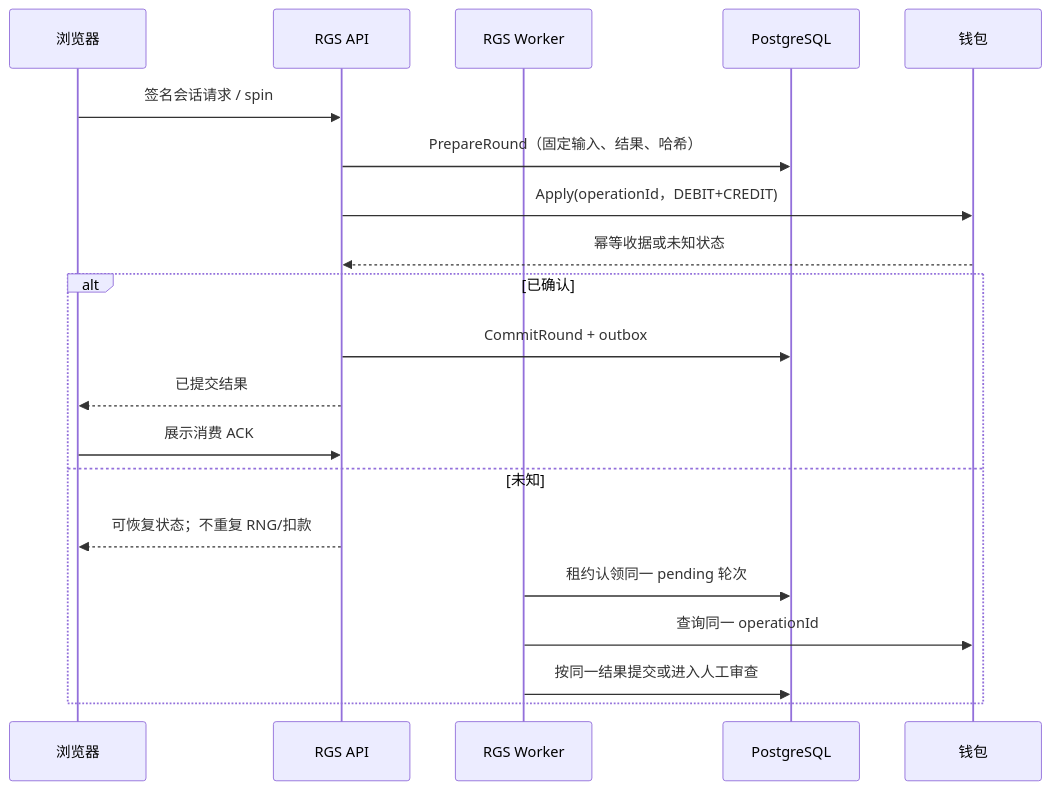
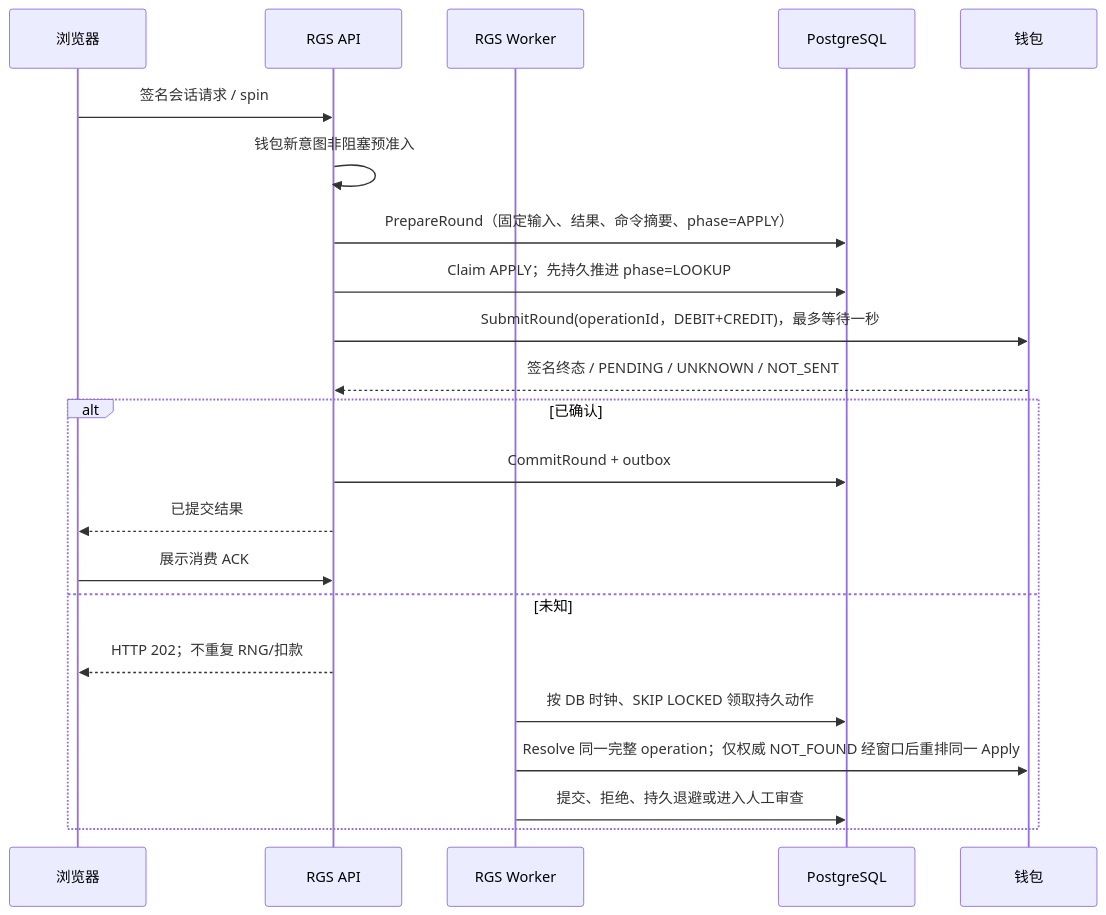
The second of 2 diagrams in slots-game/docs/architecture.md (qqq723000-hash/slots-game), drawn with Mermaid before and after one commit. The commit also changed other lines of this file and 147 other files, not shown here.

````diff
--- a/slots-game/docs/architecture.md
+++ b/slots-game/docs/architecture.md
@@ -362,23 +363,25 @@
 ```mermaid
 sequenceDiagram
     participant B as 浏览器
     participant A as RGS API
     participant K as RGS Worker
     participant D as PostgreSQL
     participant W as 钱包
 
     B->>A: 签名会话请求 / spin
-    A->>D: PrepareRound（固定输入、结果、哈希）
-    A->>W: Apply(operationId，DEBIT+CREDIT)
-    W-->>A: 幂等收据或未知状态
+    A->>A: 钱包新意图非阻塞预准入
+    A->>D: PrepareRound（固定输入、结果、命令摘要、phase=APPLY）
+    A->>D: Claim APPLY；先持久推进 phase=LOOKUP
+    A->>W: SubmitRound(operationId，DEBIT+CREDIT)，最多等待一秒
+    W-->>A: 签名终态 / PENDING / UNKNOWN / NOT_SENT
     alt 已确认
         A->>D: CommitRound + outbox
         A-->>B: 已提交结果
         B->>A: 展示消费 ACK
     else 未知
-        A-->>B: 可恢复状态；不重复 RNG/扣款
-        K->>D: 租约认领同一 pending 轮次
-        K->>W: 查询同一 operationId
-        K->>D: 按同一结果提交或进入人工审查
+        A-->>B: HTTP 202；不重复 RNG/扣款
+        K->>D: 按 DB 时钟、SKIP LOCKED 领取持久动作
+        K->>W: Resolve 同一完整 operation；仅权威 NOT_FOUND 经窗口后重排同一 Apply
+        K->>D: 提交、拒绝、持久退避或进入人工审查
     end
 ```
````
